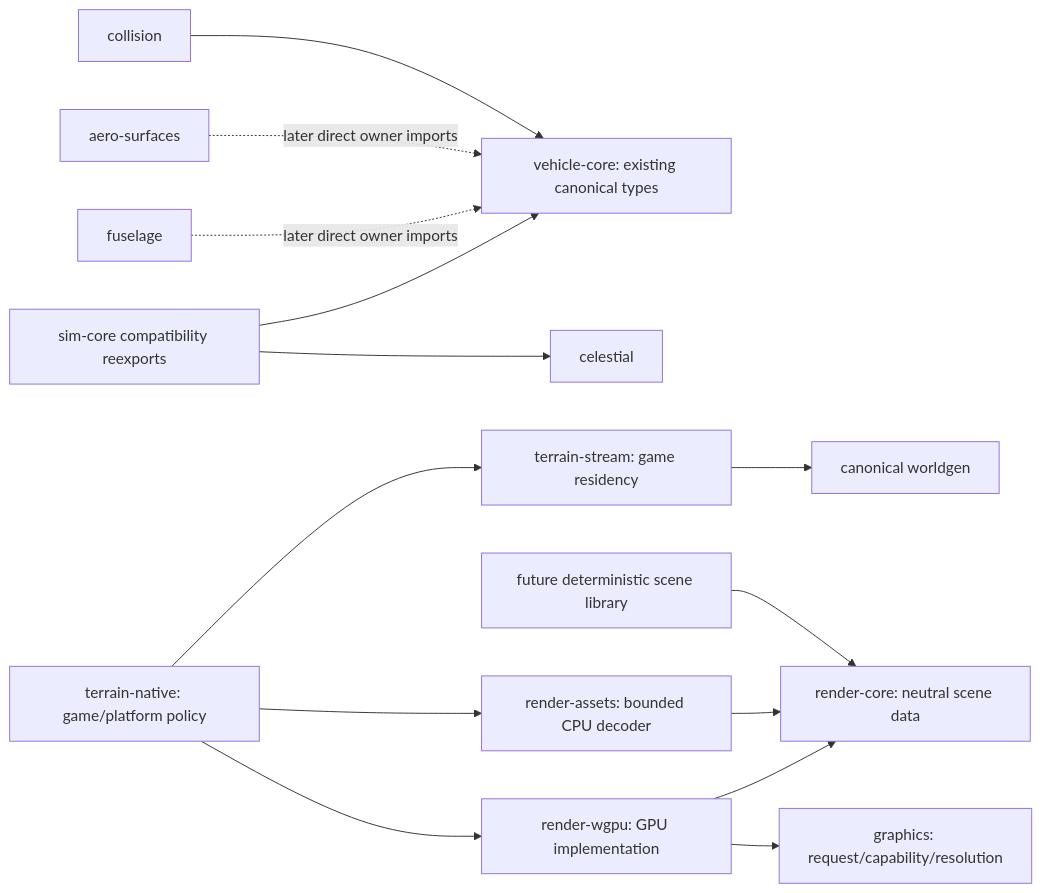
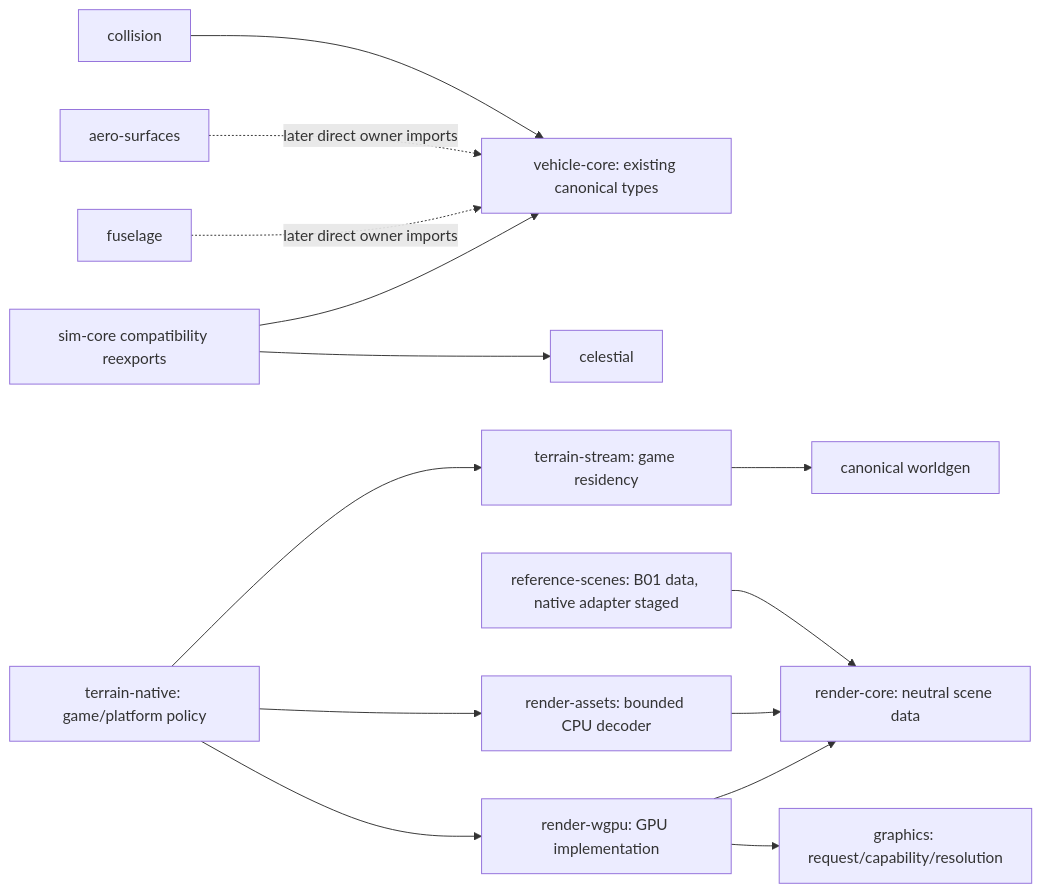
Before and after one commit to Mar2ianen/project-thessa: the second of 2 diagrams in docs/88_ENGINE_BOUNDARIES_AND_REFERENCE_SCENES.md, drawn with Mermaid. The commit also changed other lines of this file and 15 other files, not shown here.

````diff
--- a/docs/88_ENGINE_BOUNDARIES_AND_REFERENCE_SCENES.md
+++ b/docs/88_ENGINE_BOUNDARIES_AND_REFERENCE_SCENES.md
@@ -205,16 +206,16 @@
 ```mermaid
 flowchart LR
   collision --> vehicle[vehicle-core: existing canonical types]
   aero[aero-surfaces] -. later direct owner imports .-> vehicle
   fuselage -. later direct owner imports .-> vehicle
   sim[sim-core compatibility reexports] --> vehicle
   sim --> celestial
   native[terrain-native: game/platform policy] --> stream[terrain-stream: game residency]
   stream --> worldgen[canonical worldgen]
   native --> renderer[render-wgpu: GPU implementation]
   native --> assets[render-assets: bounded CPU decoder]
-  scenes[future deterministic scene library] --> core[render-core: neutral scene data]
+  scenes[reference-scenes: B01 data, native adapter staged] --> core[render-core: neutral scene data]
   assets --> core
   renderer --> core
   renderer --> graphics[graphics: request/capability/resolution]
 ```
````
